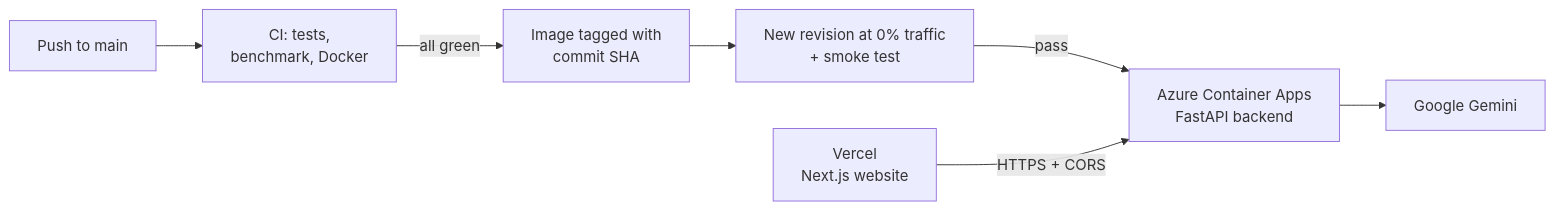
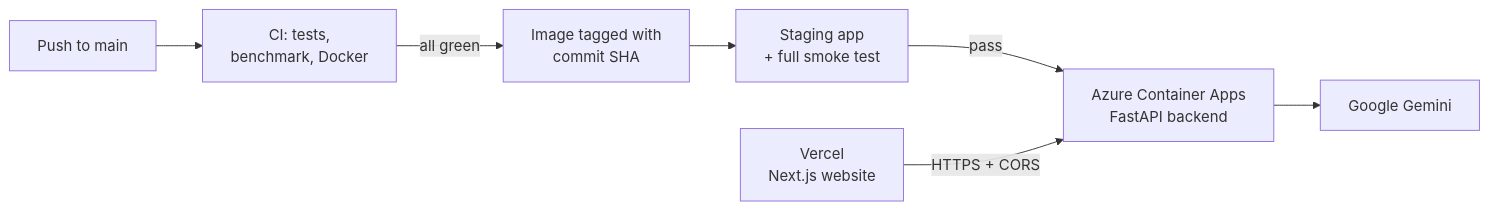
The second of 2 diagrams in README.md (Md-Faiz-Alam/docqna), drawn with Mermaid before and after one commit. The commit also changed other lines of this file and 12 other files, not shown here.

Commit message:
Deploy through a staging app first; report the build commit in /info

````diff
--- a/README.md
+++ b/README.md
@@ -59,9 +59,9 @@
 ```mermaid
 flowchart LR
     GH[Push to main] --> CI[CI: tests,<br/>benchmark, Docker]
     CI -->|all green| CR[Image tagged with<br/>commit SHA]
-    CR --> BG[New revision at 0% traffic<br/>+ smoke test]
-    BG -->|pass| ACA[Azure Container Apps<br/>FastAPI backend]
+    CR --> ST[Staging app<br/>+ full smoke test]
+    ST -->|pass| ACA[Azure Container Apps<br/>FastAPI backend]
     V[Vercel<br/>Next.js website] -->|HTTPS + CORS| ACA
     ACA --> GM[Google Gemini]
 ```
````
